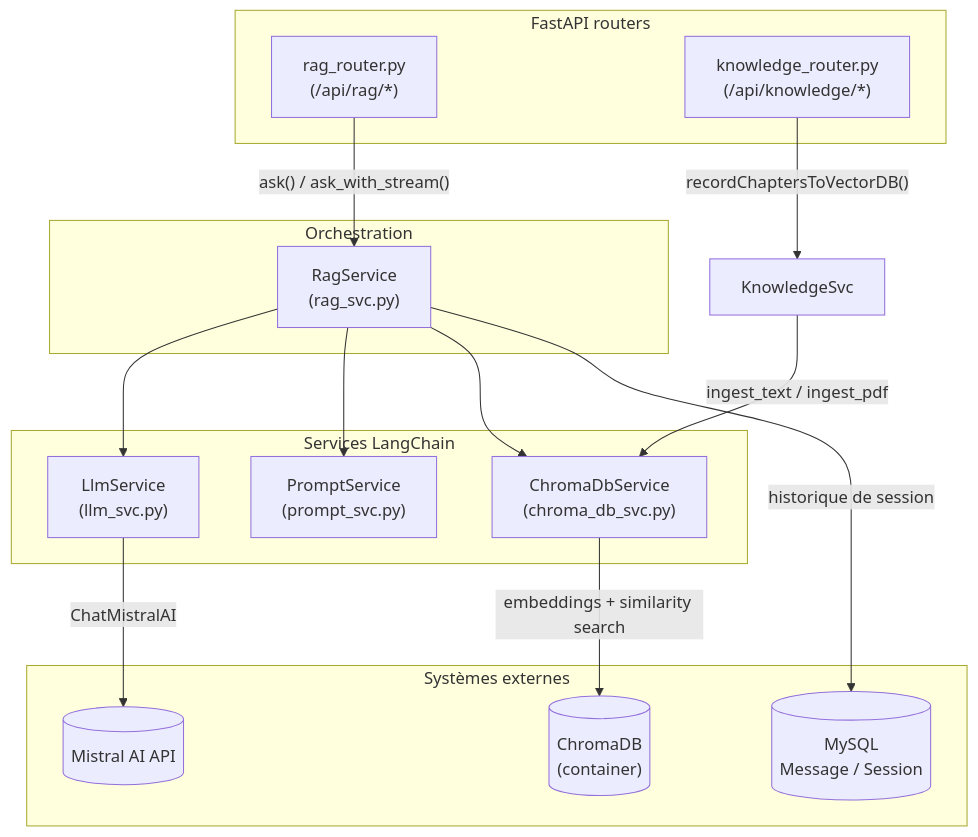
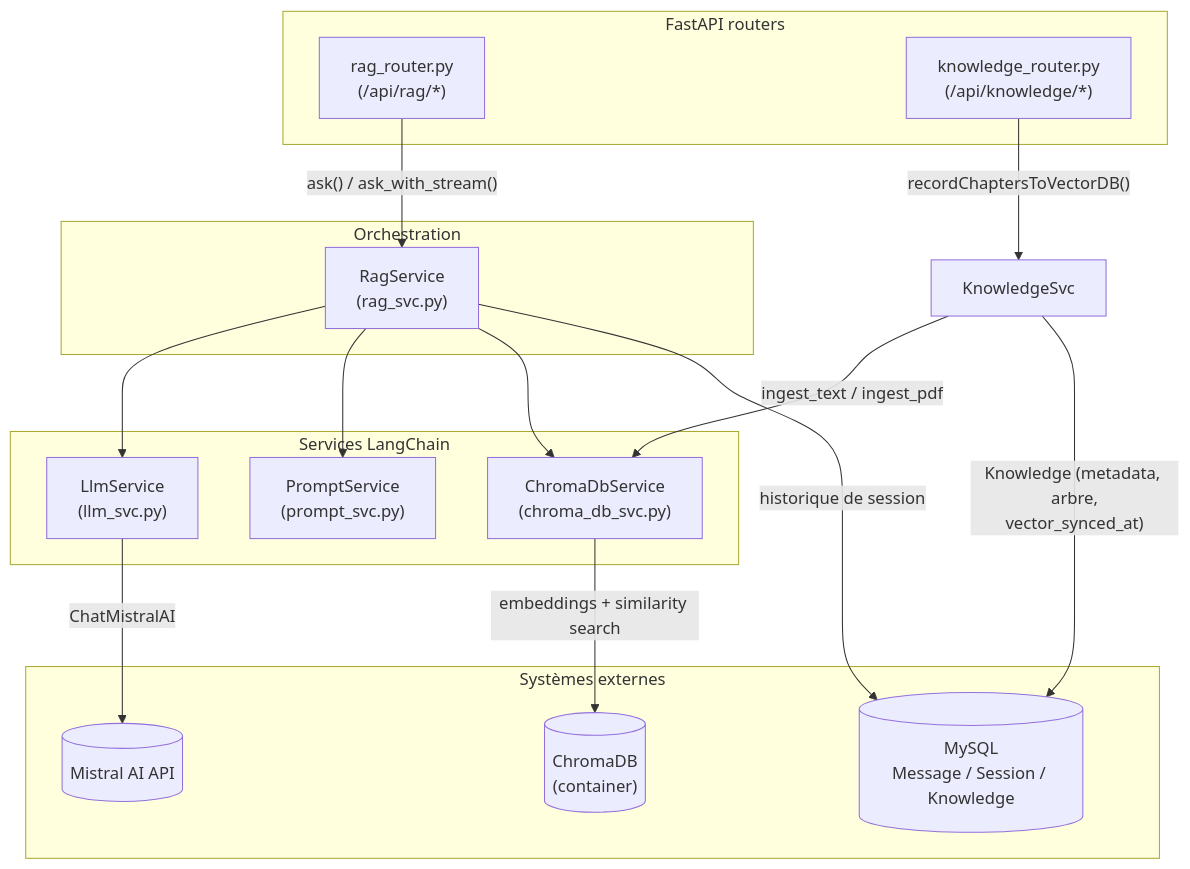
Before and after one commit to pierrefaraco/bot-factory: the first of 6 diagrams in server/doc/LANGCHAIN_ARCHITECTURE.md, drawn with Mermaid. The commit also changed other lines of this file and 23 other files, not shown here.

````diff
--- a/server/doc/LANGCHAIN_ARCHITECTURE.md
+++ b/server/doc/LANGCHAIN_ARCHITECTURE.md
@@ -24,33 +24,34 @@
 ```mermaid
 flowchart TB
     subgraph API["FastAPI routers"]
         RAGR["rag_router.py<br/>(/api/rag/*)"]
         KNOWR["knowledge_router.py<br/>(/api/knowledge/*)"]
     end
 
     subgraph ORCH["Orchestration"]
         RAG["RagService<br/>(rag_svc.py)"]
     end
 
     subgraph LC["Services LangChain"]
         LLM["LlmService<br/>(llm_svc.py)"]
         PROMPT["PromptService<br/>(prompt_svc.py)"]
         CHROMA["ChromaDbService<br/>(chroma_db_svc.py)"]
     end
 
     subgraph EXT["Systèmes externes"]
         MISTRAL[("Mistral AI API")]
         CHROMADB[("ChromaDB<br/>(container)")]
-        MYSQL[("MySQL<br/>Message / Session")]
+        MYSQL[("MySQL<br/>Message / Session / Knowledge")]
     end
 
     KNOWR -->|"recordChaptersToVectorDB()"| KNOWSVC["KnowledgeSvc"]
     KNOWSVC -->|"ingest_text / ingest_pdf"| CHROMA
+    KNOWSVC -->|"Knowledge (metadata, arbre,<br/>vector_synced_at)"| MYSQL
     RAGR -->|"ask() / ask_with_stream()"| RAG
     RAG --> LLM
     RAG --> PROMPT
     RAG --> CHROMA
     RAG -->|"historique de session"| MYSQL
     LLM -->|"ChatMistralAI"| MISTRAL
     CHROMA -->|"embeddings + similarity search"| CHROMADB
 ```
````
